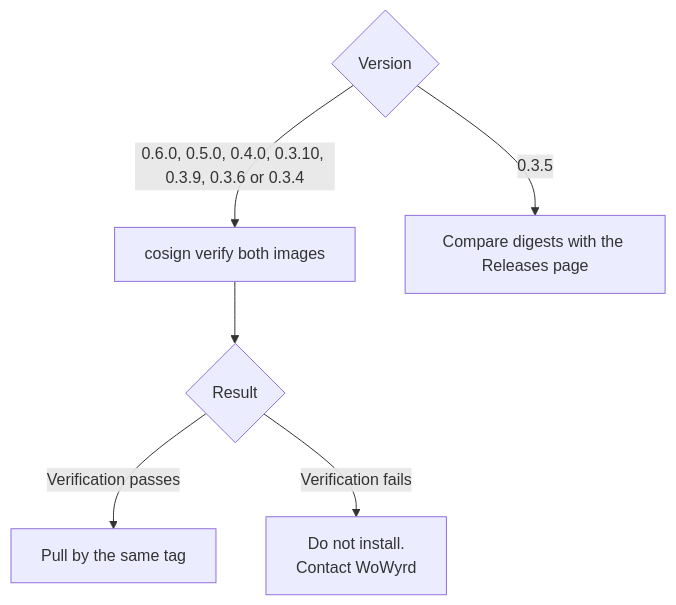
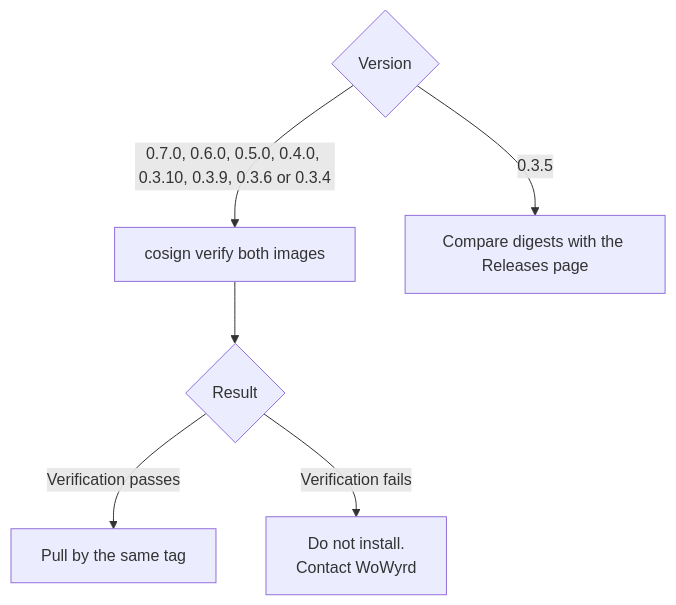
One commit to chavychaze/wowyrd-pub changed the third of 4 diagrams in INSTALL.md. Above: the diagram before and after it, drawn with Mermaid. The commit also changed other lines of this file and 5 other files, not shown here.

First line of the commit message:
v0.7.0: release notes, cosign 3.1.4 rule, RHEL 9.9 test, version bumps

````diff
--- a/INSTALL.md
+++ b/INSTALL.md
@@ -161,8 +161,8 @@
 ```mermaid
 flowchart TD
-    A{Version} -->|0.6.0, 0.5.0, 0.4.0, 0.3.10, 0.3.9, 0.3.6 or 0.3.4| B[cosign verify both images]
+    A{Version} -->|0.7.0, 0.6.0, 0.5.0, 0.4.0, 0.3.10, 0.3.9, 0.3.6 or 0.3.4| B[cosign verify both images]
     A -->|0.3.5| C[Compare digests with the Releases page]
     B --> D{Result}
     D -->|Verification passes| E[Pull by the same tag]
     D -->|Verification fails| F[Do not install.<br/>Contact WoWyrd]
 ```
````
